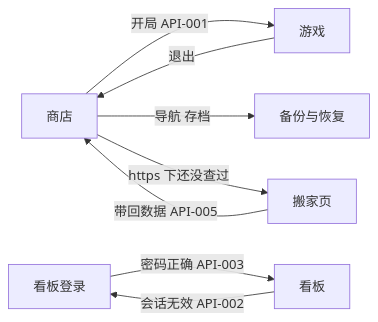
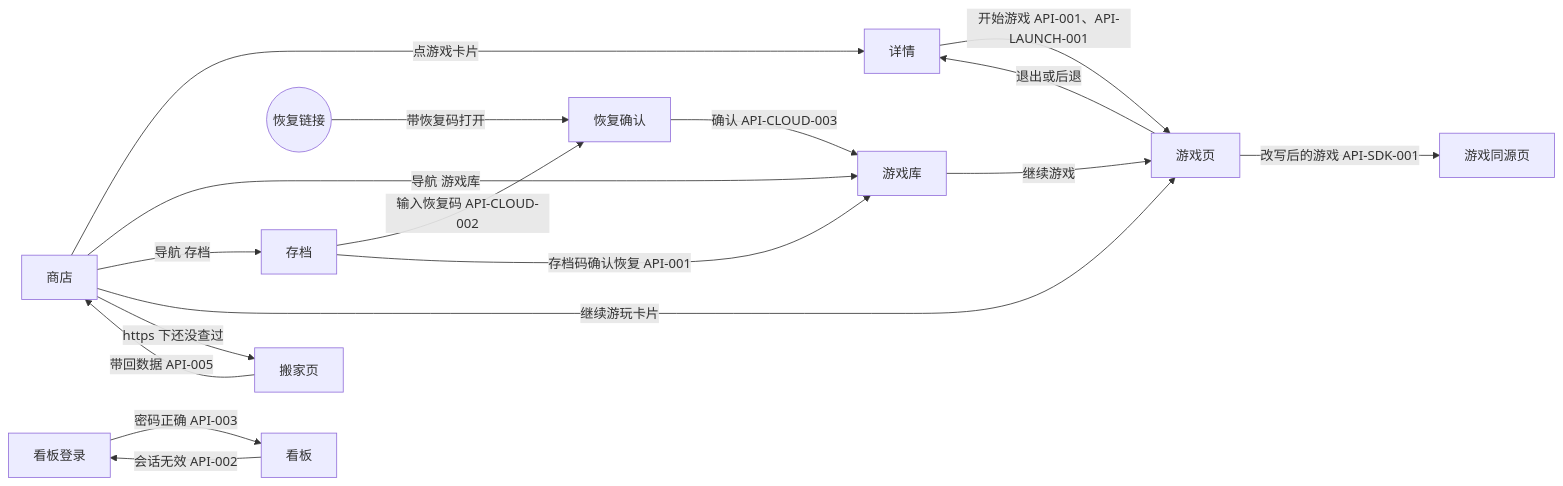
One commit to Bearisbug/Shoota changed diagram 11 of 11 in docs/DESIGN.md. Above: the diagram before and after it, drawn with Mermaid. The commit also changed other lines of this file and 310 other files, not shown here.

````diff
--- a/docs/DESIGN.md
+++ b/docs/DESIGN.md
@@ -463,10 +1603,19 @@
 ```mermaid
 flowchart LR
-  PAGE_STORE[商店] -->|开局 API-001| PAGE_PLAYER[游戏]
-  PAGE_STORE -->|导航 存档| PAGE_BACKUP[备份与恢复]
-  PAGE_PLAYER -->|退出| PAGE_STORE
+  PAGE_STORE[商店] -->|点游戏卡片| PAGE_GAME[详情]
+  PAGE_STORE -->|导航 游戏库| PAGE_LIBRARY[游戏库]
+  PAGE_STORE -->|导航 存档| PAGE_BACKUP[存档]
+  PAGE_GAME -->|开始游戏 API-001、API-LAUNCH-001| PAGE_PLAYER[游戏页]
+  PAGE_STORE -->|继续游玩卡片| PAGE_PLAYER
+  PAGE_LIBRARY -->|继续游戏| PAGE_PLAYER
+  PAGE_PLAYER -->|退出或后退| PAGE_GAME
+  PAGE_PLAYER -->|改写后的游戏 API-SDK-001| PAGE_PLAY_FRAME[游戏同源页]
+  PAGE_BACKUP -->|输入恢复码 API-CLOUD-002| PAGE_RECOVER[恢复确认]
+  LINK((恢复链接)) -->|带恢复码打开| PAGE_RECOVER
+  PAGE_RECOVER -->|确认 API-CLOUD-003| PAGE_LIBRARY
+  PAGE_BACKUP -->|存档码确认恢复 API-001| PAGE_LIBRARY
+  PAGE_STORE -->|https 下还没查过| PAGE_MOVE[搬家页]
+  PAGE_MOVE -->|带回数据 API-005| PAGE_STORE
   PAGE_KANBAN_LOGIN[看板登录] -->|密码正确 API-003| PAGE_KANBAN[看板]
   PAGE_KANBAN -->|会话无效 API-002| PAGE_KANBAN_LOGIN
-  PAGE_STORE -->|https 下还没查过| PAGE_MOVE[搬家页]
-  PAGE_MOVE -->|带回数据 API-005| PAGE_STORE
 ```
````
